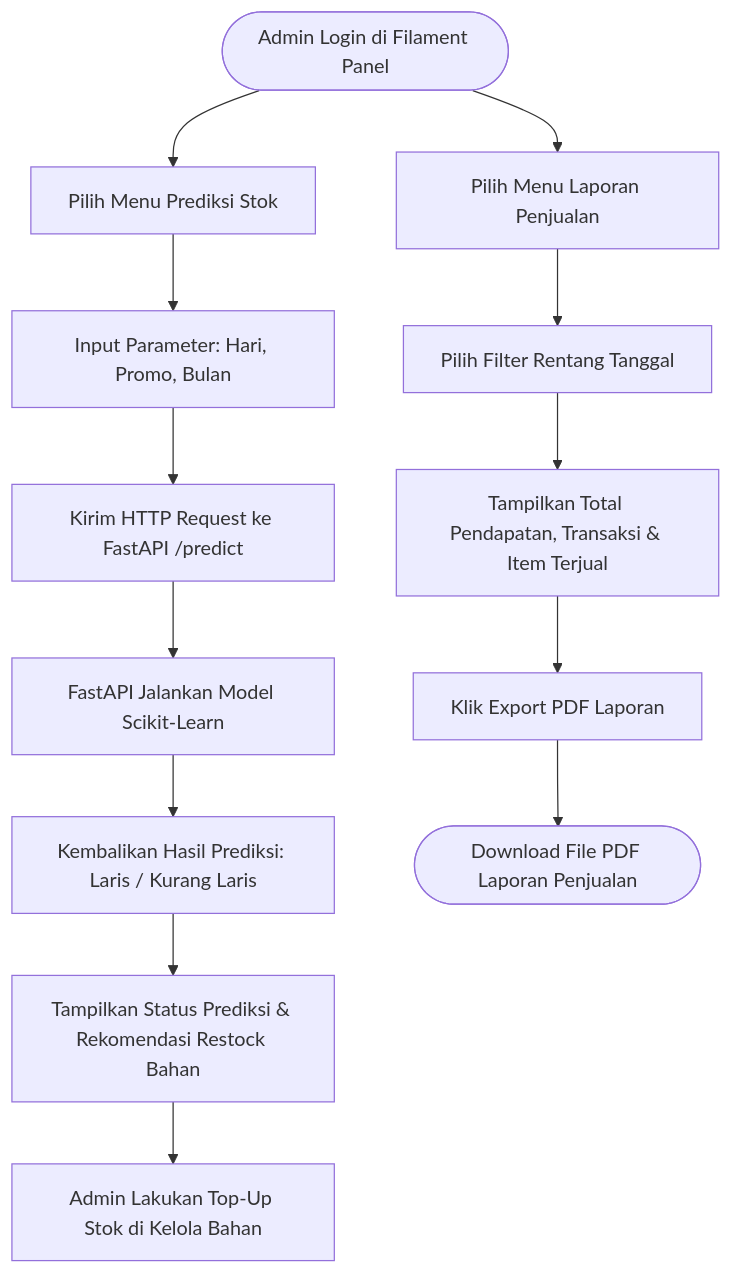
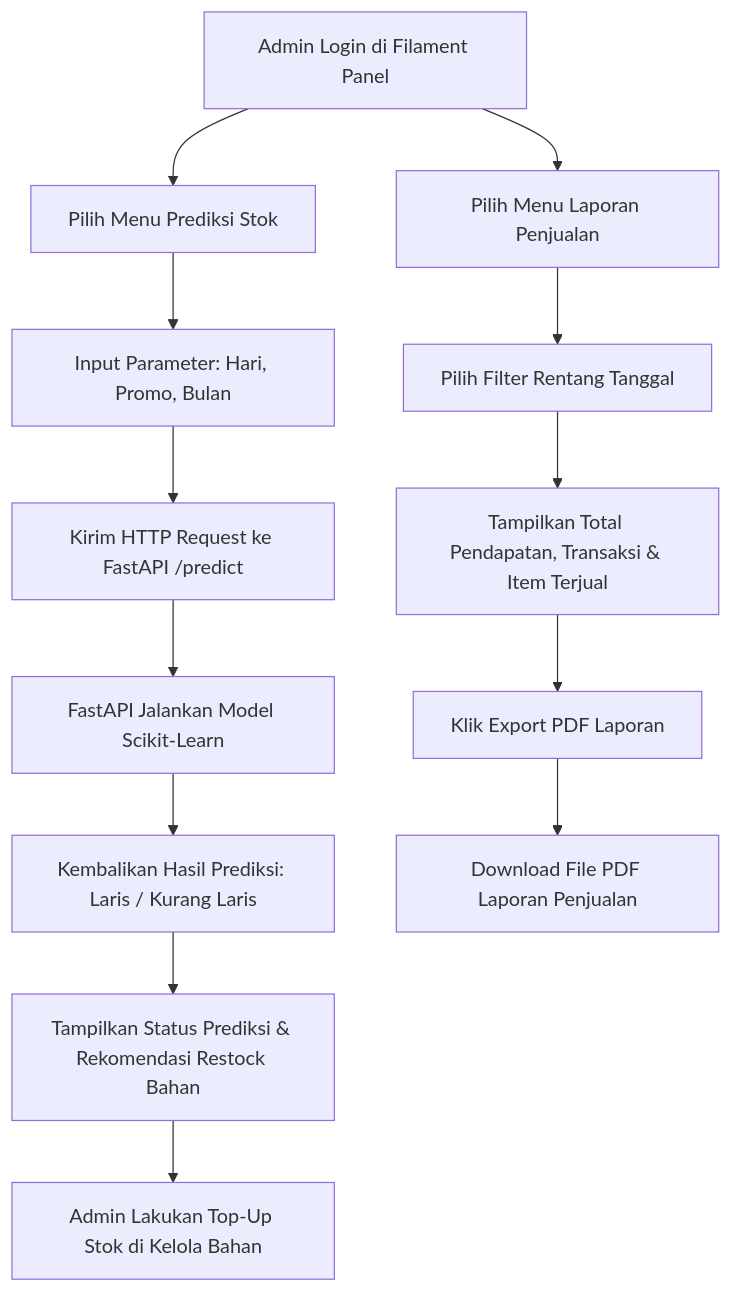
Before and after one commit to kampusriset/24f_laravel_sipakar_coffeshop: the third of 3 diagrams in README.md, drawn with Mermaid. The commit also changed other lines of this file, not shown here.

Commit message:
docs: ubah sintaks diagram Mermaid ke standar graph TD universal

````diff
--- a/README.md
+++ b/README.md
@@ -179,16 +180,16 @@
 ```mermaid
-flowchart TD
-    Admin(["Admin Login di Filament Panel"]) --> Dashboard["Pilih Menu Prediksi Stok"]
+graph TD
+    Admin["Admin Login di Filament Panel"] --> Dashboard["Pilih Menu Prediksi Stok"]
     Dashboard --> FormInput["Input Parameter: Hari, Promo, Bulan"]
     FormInput --> MLRequest["Kirim HTTP Request ke FastAPI /predict"]
     MLRequest --> MLExecute["FastAPI Jalankan Model Scikit-Learn"]
     MLExecute --> MLResponse["Kembalikan Hasil Prediksi: Laris / Kurang Laris"]
     MLResponse --> DisplayRec["Tampilkan Status Prediksi & Rekomendasi Restock Bahan"]
     DisplayRec --> Action["Admin Lakukan Top-Up Stok di Kelola Bahan"]
 
     Admin --> ReportMenu["Pilih Menu Laporan Penjualan"]
     ReportMenu --> FilterDate["Pilih Filter Rentang Tanggal"]
     FilterDate --> ViewMetrics["Tampilkan Total Pendapatan, Transaksi & Item Terjual"]
     ViewMetrics --> ExportPDF["Klik Export PDF Laporan"]
-    ExportPDF --> Download(["Download File PDF Laporan Penjualan"])
+    ExportPDF --> Download["Download File PDF Laporan Penjualan"]
 ```
````
